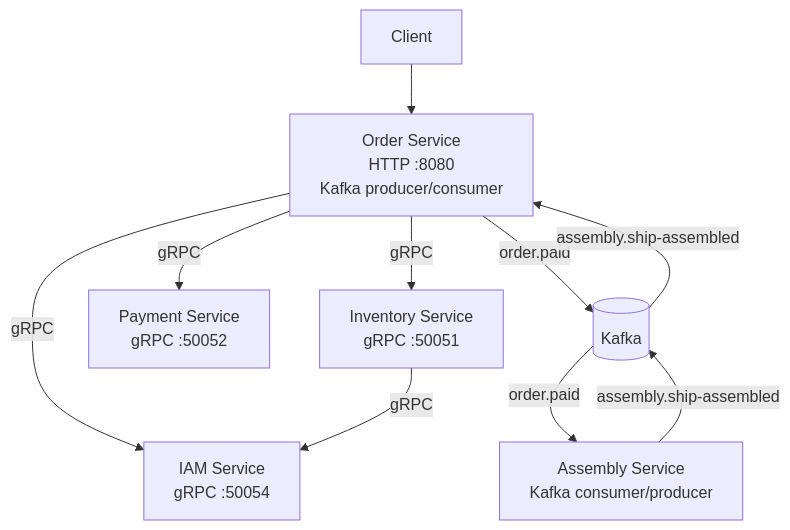
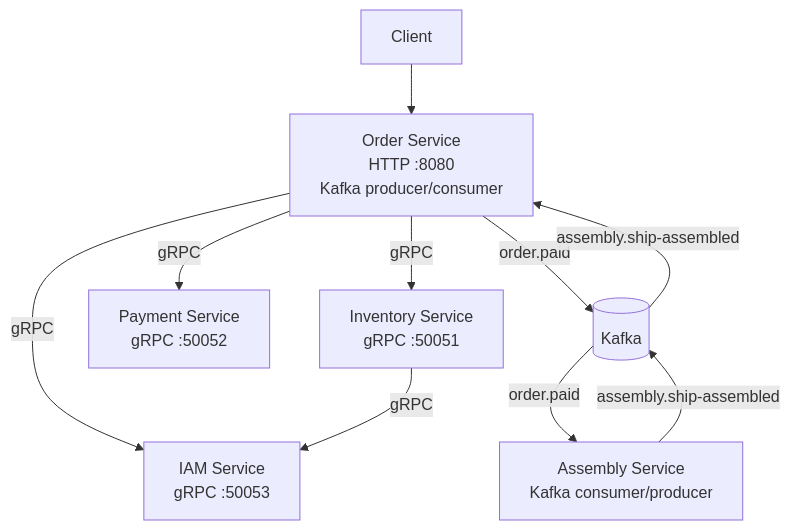
Before and after one commit to krapagen/my_microservices_rocket: the diagram in README.md, drawn with Mermaid. The commit also changed other lines of this file, not shown here.

````diff
--- a/README.md
+++ b/README.md
@@ -18,20 +18,20 @@
 ```mermaid
 flowchart TB
     client[Client]
     order[Order Service\nHTTP :8080\nKafka producer/consumer]
     inventory[Inventory Service\ngRPC :50051]
     payment[Payment Service\ngRPC :50052]
-    iam[IAM Service\ngRPC :50054]
+    iam[IAM Service\ngRPC :50053]
     kafka[(Kafka)]
     assembly[Assembly Service\nKafka consumer/producer]
 
     client --> order
     order -->|gRPC| inventory
     order -->|gRPC| payment
     order -->|gRPC| iam
     inventory -->|gRPC| iam
     order -->|order.paid| kafka
     kafka -->|order.paid| assembly
     assembly -->|assembly.ship-assembled| kafka
     kafka -->|assembly.ship-assembled| order
 ```
````
